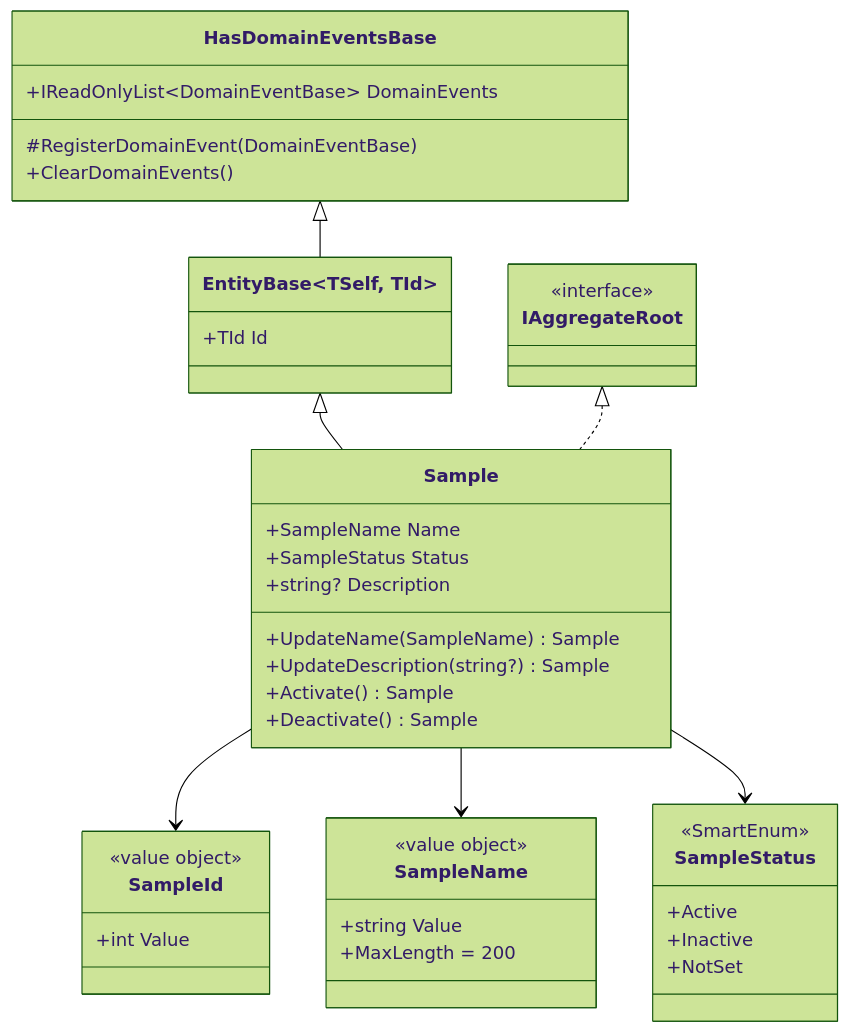
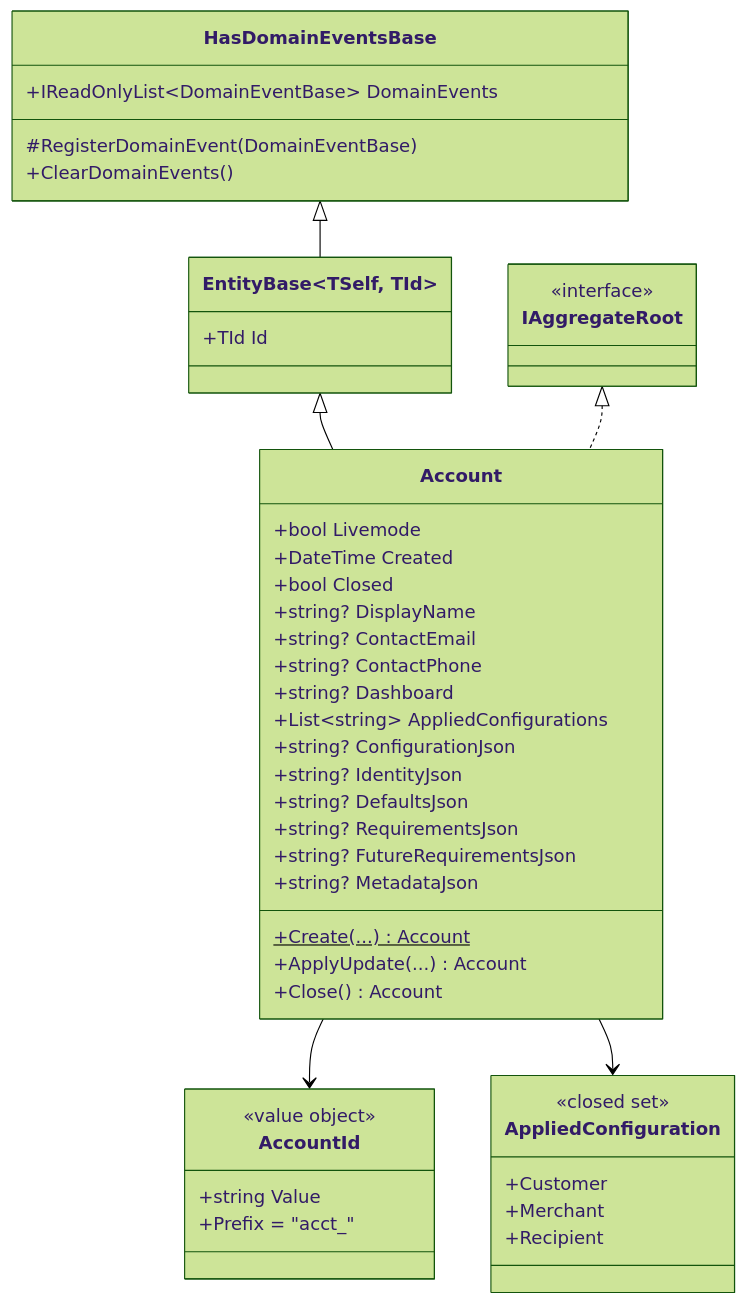
One commit to lurodrisilva/net-hexagonal changed the diagram in docs/domain.md. Above: the diagram before and after it, drawn with Mermaid (forest theme). The commit also changed other lines of this file and 10 other files, not shown here.

````diff
--- a/docs/domain.md
+++ b/docs/domain.md
@@ -9,50 +9,54 @@
 ```mermaid
 classDiagram
     class HasDomainEventsBase {
         +IReadOnlyList~DomainEventBase~ DomainEvents
         #RegisterDomainEvent(DomainEventBase)
         +ClearDomainEvents()
     }
 
     class EntityBase~TSelf, TId~ {
         +TId Id
     }
 
     class IAggregateRoot
     <<interface>> IAggregateRoot
 
-    class Sample {
-        +SampleName Name
-        +SampleStatus Status
-        +string? Description
-        +UpdateName(SampleName) Sample
-        +UpdateDescription(string?) Sample
-        +Activate() Sample
-        +Deactivate() Sample
+    class Account {
+        +bool Livemode
+        +DateTime Created
+        +bool Closed
+        +string? DisplayName
+        +string? ContactEmail
+        +string? ContactPhone
+        +string? Dashboard
+        +List~string~ AppliedConfigurations
+        +string? ConfigurationJson
+        +string? IdentityJson
+        +string? DefaultsJson
+        +string? RequirementsJson
+        +string? FutureRequirementsJson
+        +string? MetadataJson
+        +Create(...) Account$
+        +ApplyUpdate(...) Account
+        +Close() Account
     }
 
-    class SampleId {
+    class AccountId {
         <<value object>>
-        +int Value
+        +string Value
+        +Prefix = "acct_"
     }
 
-    class SampleName {
-        <<value object>>
-        +string Value
-        +MaxLength = 200
-    }
-
-    class SampleStatus {
-        <<SmartEnum>>
-        +Active
-        +Inactive
-        +NotSet
+    class AppliedConfiguration {
+        <<closed set>>
+        +Customer
+        +Merchant
+        +Recipient
     }
 
     HasDomainEventsBase <|-- EntityBase
-    EntityBase <|-- Sample
-    IAggregateRoot <|.. Sample
-    Sample --> SampleId
-    Sample --> SampleName
-    Sample --> SampleStatus
+    EntityBase <|-- Account
+    IAggregateRoot <|.. Account
+    Account --> AccountId
+    Account --> AppliedConfiguration
 ```
````
